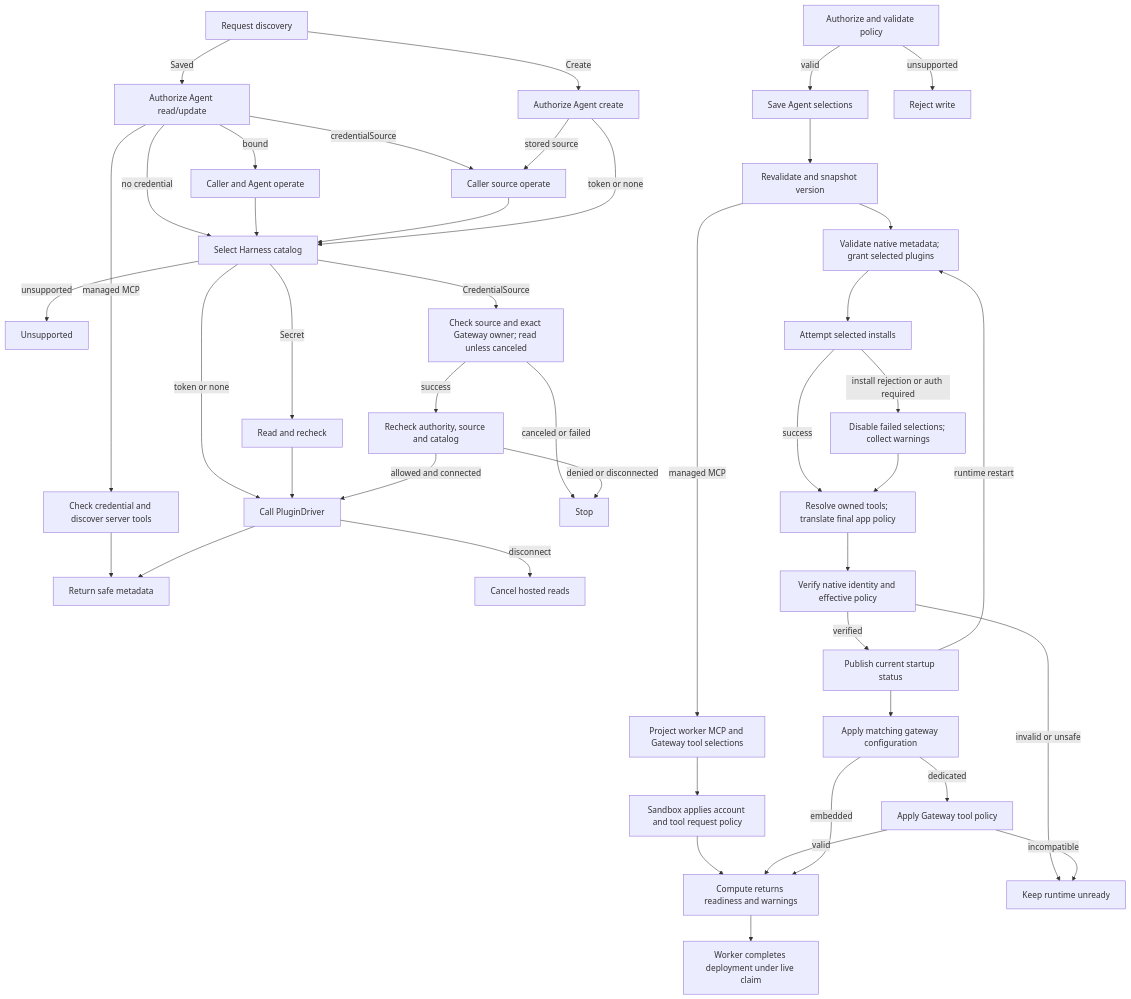
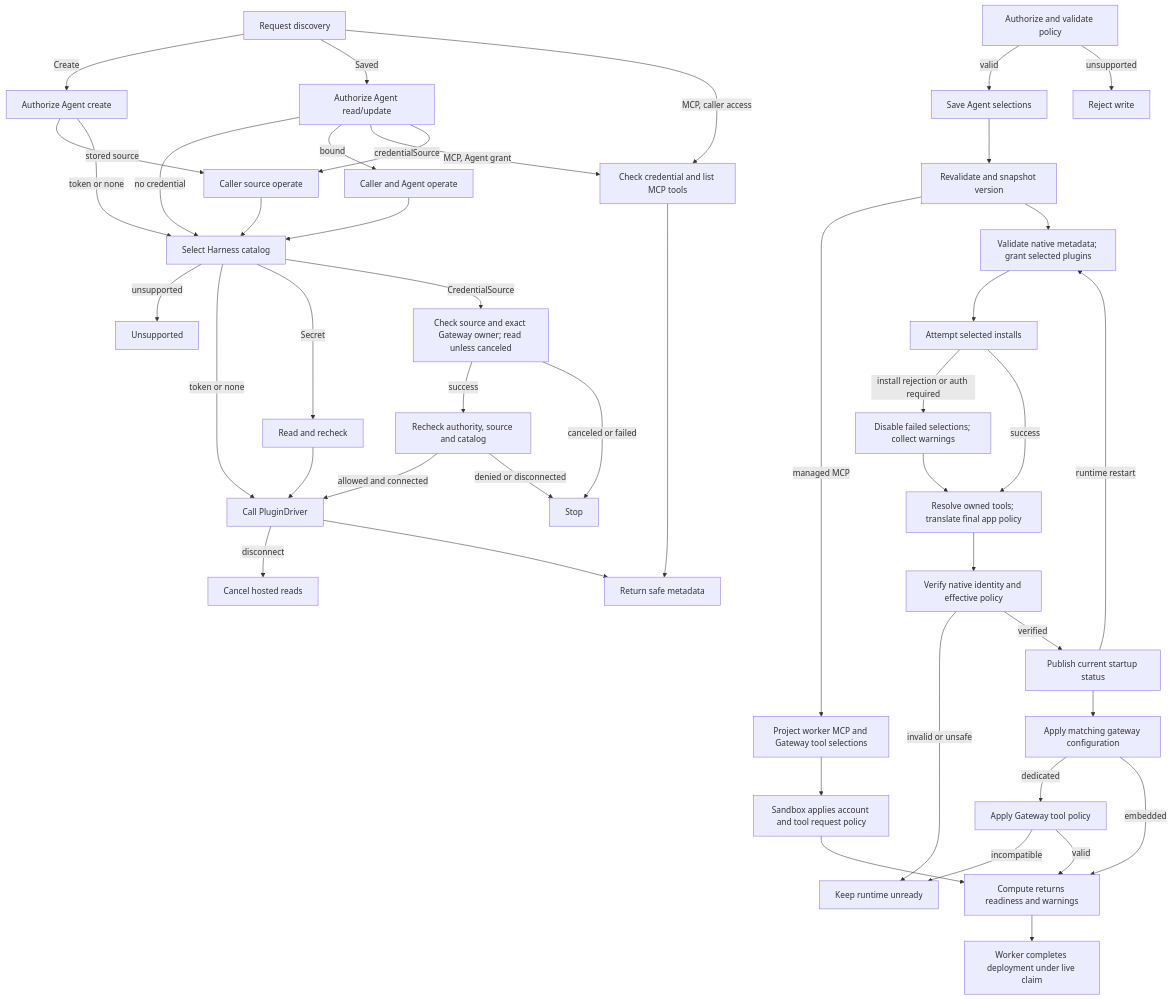
One commit to openclaw/openclaw-enterprise changed the diagram in docs/flows/agent-plugins.md. Above: the diagram before and after it, drawn with Mermaid. The commit also changed other lines of this file and 23 other files, not shown here.

Commit message:
Use caller or Agent credential access to discover MCP tools in both editors

````diff
--- a/docs/flows/agent-plugins.md
+++ b/docs/flows/agent-plugins.md
@@ -25,42 +25,43 @@
 ```mermaid
 graph TD
   D0["Request discovery"] -->|Create| D1["Authorize Agent create"]
   D0 -->|Saved| E0["Authorize Agent read/update"]
   E0 -->|no credential| D6
   E0 -->|bound| E1["Caller and Agent operate"] --> D6
-  E0 -->|managed MCP| M0["Check credential and discover server tools"] --> D5
+  D0 -->|MCP, caller access| M0["Check credential and list MCP tools"] --> D5
+  E0 -->|MCP, Agent grant| M0
   E0 -->|credentialSource| D2
   D1 -->|stored source| D2["Caller source operate"] --> D6["Select Harness catalog"]
   D1 -->|token or none| D6
   D6 -->|unsupported| D7["Unsupported"]
   D6 -->|token or none| D4["Call PluginDriver"]
   D6 -->|Secret| D3["Read and recheck"] --> D4
   D6 -->|CredentialSource| D9["Check source and exact Gateway owner; read unless canceled"]
   D9 -->|success| D10["Recheck authority, source and catalog"]
   D10 -->|allowed and connected| D4
   D9 -->|canceled or failed| D12["Stop"]
   D10 -->|denied or disconnected| D12
   D4 -->|disconnect| D8["Cancel hosted reads"]
   D4 --> D5["Return safe metadata"]
   A["Authorize and validate policy"] -->|valid| S["Save Agent selections"]
   A -->|unsupported| Y["Reject write"]
   S --> B["Revalidate and snapshot version"]
   B -->|managed MCP| K["Project worker MCP and Gateway tool selections"]
   K --> L["Sandbox applies account and tool request policy"]
   L --> I
   B --> C["Validate native metadata; grant selected plugins"]
   C --> D["Attempt selected installs"]
   D -->|install rejection or auth required| E["Disable failed selections; collect warnings"]
   D -->|success| T["Resolve owned tools; translate final app policy"]
   E --> T
   T --> F["Verify native identity and effective policy"]
   F -->|invalid or unsafe| X["Keep runtime unready"]
   F -->|verified| G["Publish current startup status"]
   G --> H["Apply matching gateway configuration"]
   H -->|dedicated| P["Apply Gateway tool policy"]
   P -->|incompatible| X
   P -->|valid| I
   H -->|embedded| I["Compute returns readiness and warnings"]
   I --> J["Worker completes deployment under live claim"]
   G -->|runtime restart| C
 ```
````
